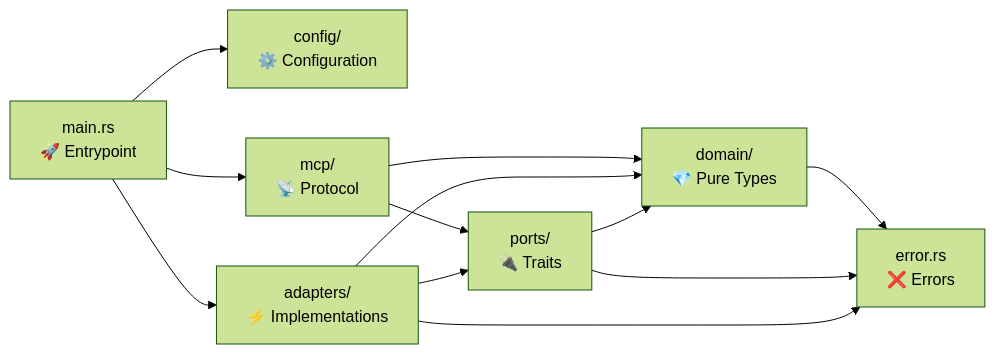
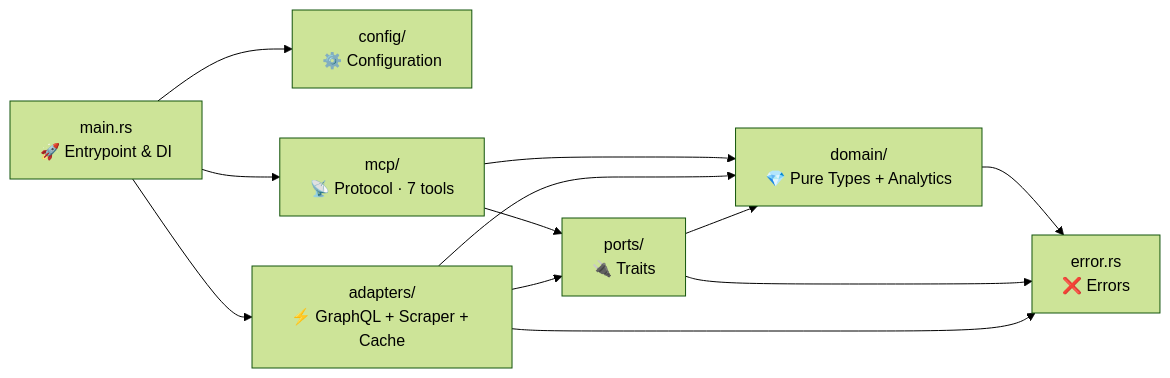
One commit to muchiny/mcp-airbnb changed the diagram in src/README.md. Above: the diagram before and after it, drawn with Mermaid (forest theme). The commit also changed other lines of this file and 11 other files, not shown here.

First line of the commit message:
docs: update all READMEs with emojis, mermaid diagrams, and full coverage

````diff
--- a/src/README.md
+++ b/src/README.md
@@ -7,22 +7,22 @@
 ```mermaid
 graph LR
-    main["main.rs<br/>🚀 Entrypoint"] --> config
+    main["main.rs<br/>🚀 Entrypoint & DI"] --> config
     main --> mcp
     main --> adapters
 
-    mcp["mcp/<br/>📡 Protocol"] --> ports
+    mcp["mcp/<br/>📡 Protocol · 7 tools"] --> ports
     mcp --> domain
 
-    adapters["adapters/<br/>⚡ Implementations"] --> ports
+    adapters["adapters/<br/>⚡ GraphQL + Scraper + Cache"] --> ports
     adapters --> domain
 
     ports["ports/<br/>🔌 Traits"] --> domain
 
     config["config/<br/>⚙️ Configuration"]
-    domain["domain/<br/>💎 Pure Types"]
+    domain["domain/<br/>💎 Pure Types + Analytics"]
     error["error.rs<br/>❌ Errors"]
 
     domain --> error
     ports --> error
     adapters --> error
 ```
````
